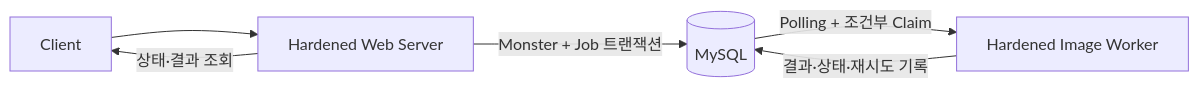
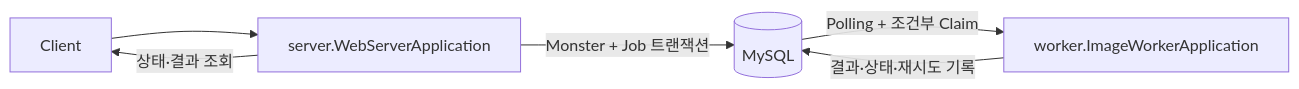
Before and after one commit to kangrae-jo/woowa-archive: the first of 3 diagrams in technical-writing/04-reliability-hardening/README.md, drawn with Mermaid. The commit also changed other lines of this file and 3 other files, not shown here.

````diff
--- a/technical-writing/04-reliability-hardening/README.md
+++ b/technical-writing/04-reliability-hardening/README.md
@@ -9,8 +9,8 @@
 ```mermaid
 flowchart LR
-    C[Client] --> W[Hardened Web Server]
+    C[Client] --> W[server.WebServerApplication]
     W -->|Monster + Job 트랜잭션| DB[(MySQL)]
-    DB -->|Polling + 조건부 Claim| I[Hardened Image Worker]
+    DB -->|Polling + 조건부 Claim| I[worker.ImageWorkerApplication]
     I -->|결과·상태·재시도 기록| DB
     W -->|상태·결과 조회| C
 ```
````
